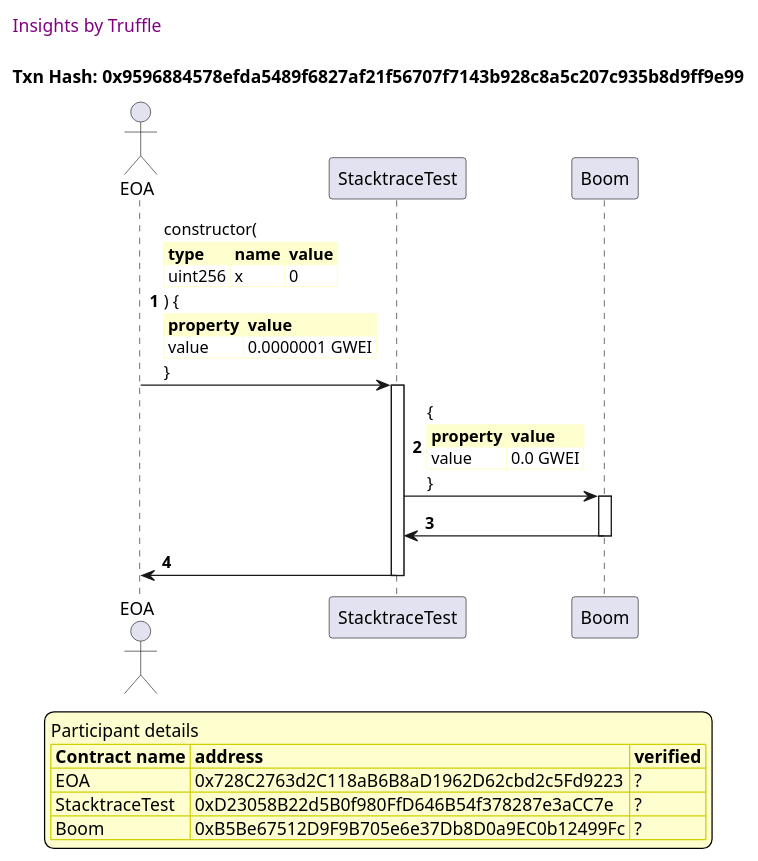
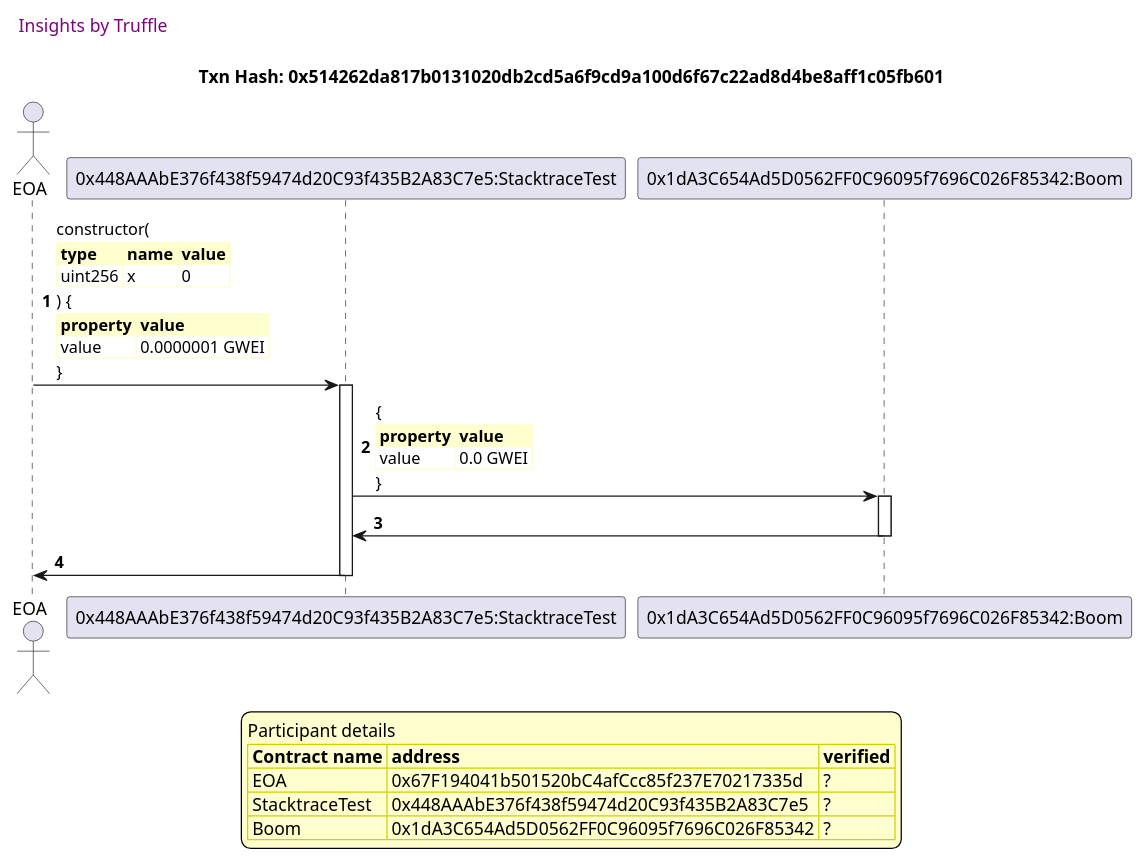
The seventh of 11 diagrams in truffle-seq/stacktrace.test.md (trufflesuite/txlog-seedlings), drawn with PlantUML before and after one commit. The commit also changed other lines of this file and 3 other files, not shown here.

````diff
--- a/truffle-seq/stacktrace.test.md
+++ b/truffle-seq/stacktrace.test.md
@@ -449,58 +449,58 @@
 ```plantuml
 
 
 @startuml
 
 autonumber
 skinparam legendBackgroundColor #FEFECE
 
 <style>
       header {
         HorizontalAlignment left
         FontColor purple
         FontSize 14
         Padding 10
       }
     </style>
 
 header Insights by Truffle
 
-title Txn Hash: 0x9596884578efda5489f6827af21f56707f7143b928c8a5c207c935b8d9ff9e99
+title Txn Hash: 0x514262da817b0131020db2cd5a6f9cd9a100d6f67c22ad8d4be8aff1c05fb601
 
 
 actor EOA as "EOA"
 
-participant StacktraceTest as "StacktraceTest"
+participant StacktraceTest as "0x448AAAbE376f438f59474d20C93f435B2A83C7e5:StacktraceTest"
 
-participant Boom as "Boom"
+participant Boom as "0x1dA3C654Ad5D0562FF0C96095f7696C026F85342:Boom"
 
 "EOA" -> "StacktraceTest" ++: constructor(\n\
 <#FEFECE,#FEFECE>|= type |= name |= value |\n\
 | uint256 | x | 0 |\n\
 ) {\n\
 <#FEFECE,#FEFECE>|= property |= value|\n\
 | value | 0.0000001 GWEI |\n\
 }
 
 "StacktraceTest" -> "Boom" ++: {\n\
 <#FEFECE,#FEFECE>|= property |= value|\n\
 | value | 0.0 GWEI |\n\
 }
 
 "Boom" -> "StacktraceTest" --: 
 
 "StacktraceTest" -> "EOA" --: 
 
 
 
 legend
 Participant details
 <#FEFECE,#D0D000>|= Contract name |= address |= verified |
-<#FEFECE>| EOA | 0x728C2763d2C118aB6B8aD1962D62cbd2c5Fd9223 | ? |
-<#FEFECE>| StacktraceTest | 0xD23058B22d5B0f980FfD646B54f378287e3aCC7e | ? |
-<#FEFECE>| Boom | 0xB5Be67512D9F9B705e6e37Db8D0a9EC0b12499Fc | ? |
+<#FEFECE>| EOA | 0x67F194041b501520bC4afCcc85f237E70217335d | ? |
+<#FEFECE>| StacktraceTest | 0x448AAAbE376f438f59474d20C93f435B2A83C7e5 | ? |
+<#FEFECE>| Boom | 0x1dA3C654Ad5D0562FF0C96095f7696C026F85342 | ? |
 endlegend
 
 
 @enduml
 ```
````
